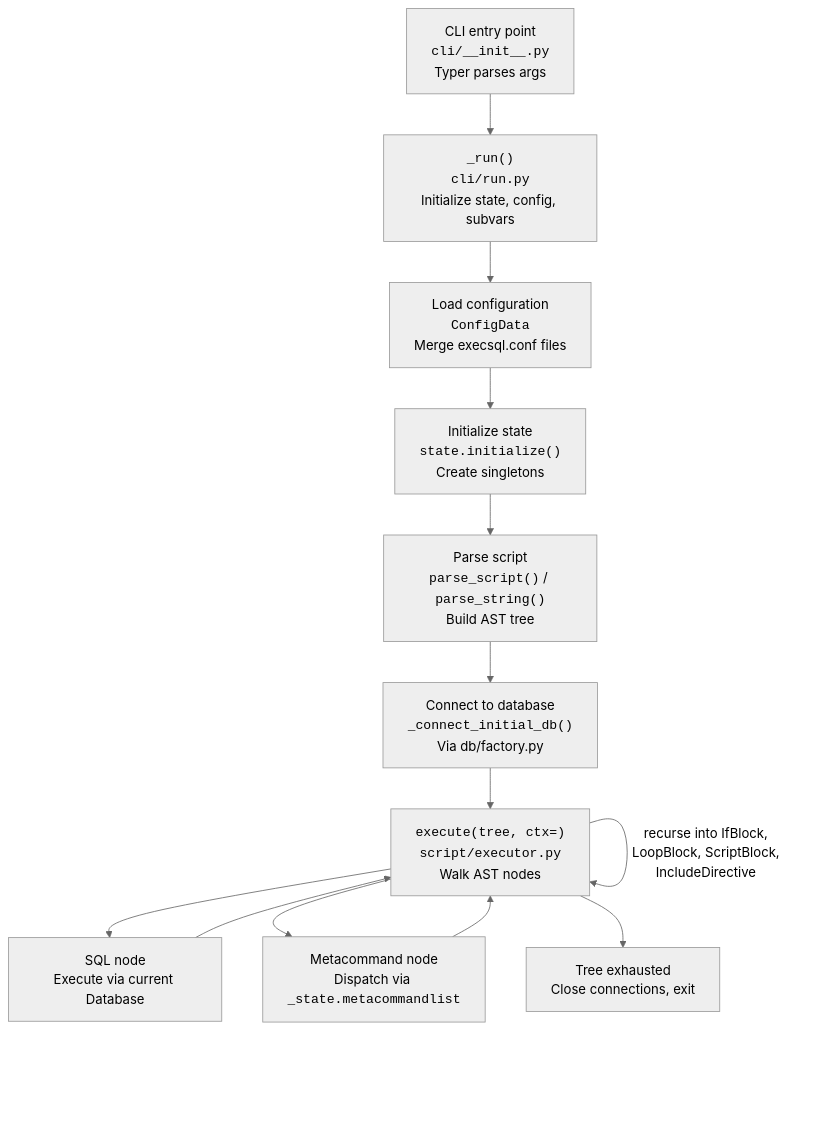
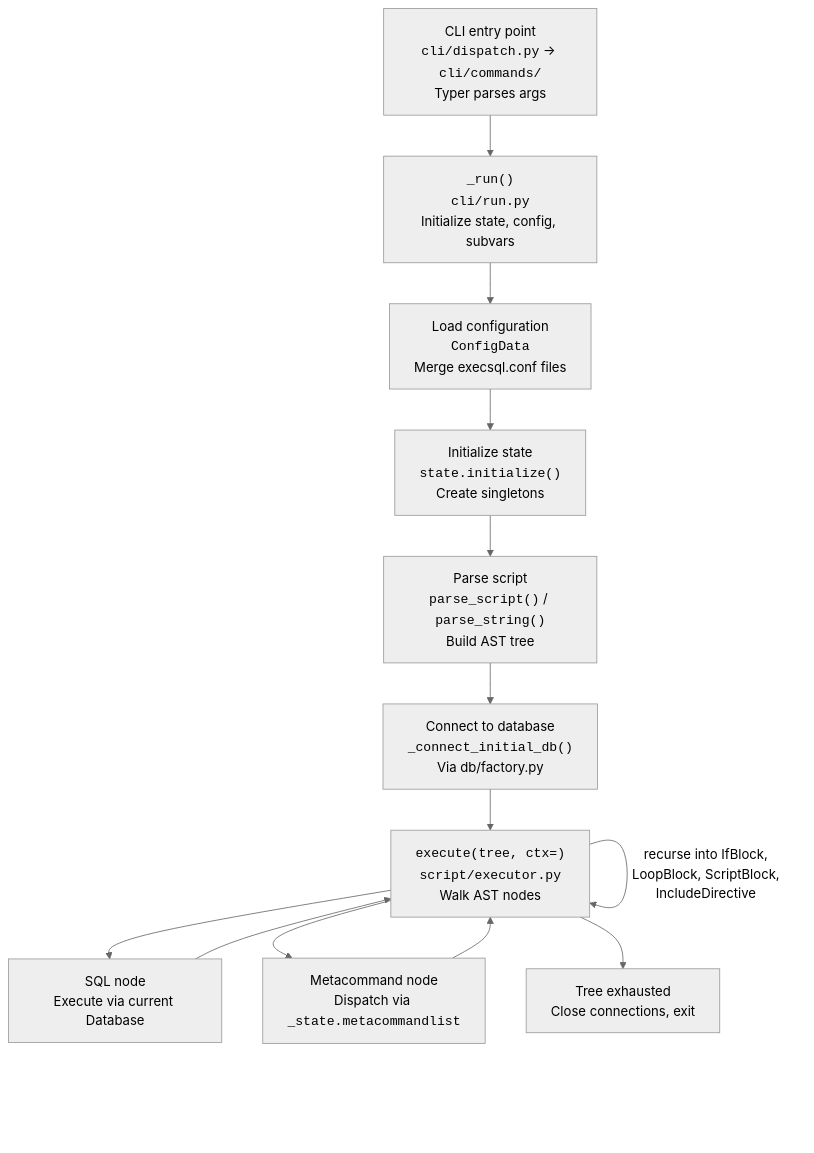
The first of 2 diagrams in docs/dev/architecture.md (geocoug/execsql), drawn with Mermaid (neutral theme) before and after one commit. The commit also changed other lines of this file and 91 other files, not shown here.

First line of the commit message:
feat(cli): execsql as a toolchain: run, format, lint, config, list, init (#56)

````diff
--- a/docs/dev/architecture.md
+++ b/docs/dev/architecture.md
@@ -11,26 +11,26 @@
 ```mermaid
 flowchart TD
-    CLI["CLI entry point<br/><code>cli/__init__.py</code><br/>Typer parses args"]
+    CLI["CLI entry point<br/><code>cli/dispatch.py</code> → <code>cli/commands/</code><br/>Typer parses args"]
     RUN["<code>_run()</code><br/><code>cli/run.py</code><br/>Initialize state, config, subvars"]
     CONF["Load configuration<br/><code>ConfigData</code><br/>Merge execsql.conf files"]
     INIT["Initialize state<br/><code>state.initialize()</code><br/>Create singletons"]
     PARSE["Parse script<br/><code>parse_script()</code> / <code>parse_string()</code><br/>Build AST tree"]
     CONNECT["Connect to database<br/><code>_connect_initial_db()</code><br/>Via db/factory.py"]
     EXEC["<code>execute(tree, ctx=)</code><br/><code>script/executor.py</code><br/>Walk AST nodes"]
     SQL["SQL node<br/>Execute via current Database"]
     META["Metacommand node<br/>Dispatch via <code>_state.metacommandlist</code>"]
     DONE["Tree exhausted<br/>Close connections, exit"]
 
     CLI --> RUN
     RUN --> CONF
     CONF --> INIT
     INIT --> PARSE
     PARSE --> CONNECT
     CONNECT --> EXEC
     EXEC --> SQL
     EXEC --> META
     EXEC -->|"recurse into IfBlock,<br/>LoopBlock, ScriptBlock,<br/>IncludeDirective"| EXEC
     SQL --> EXEC
     META --> EXEC
     EXEC --> DONE
 ```
````
